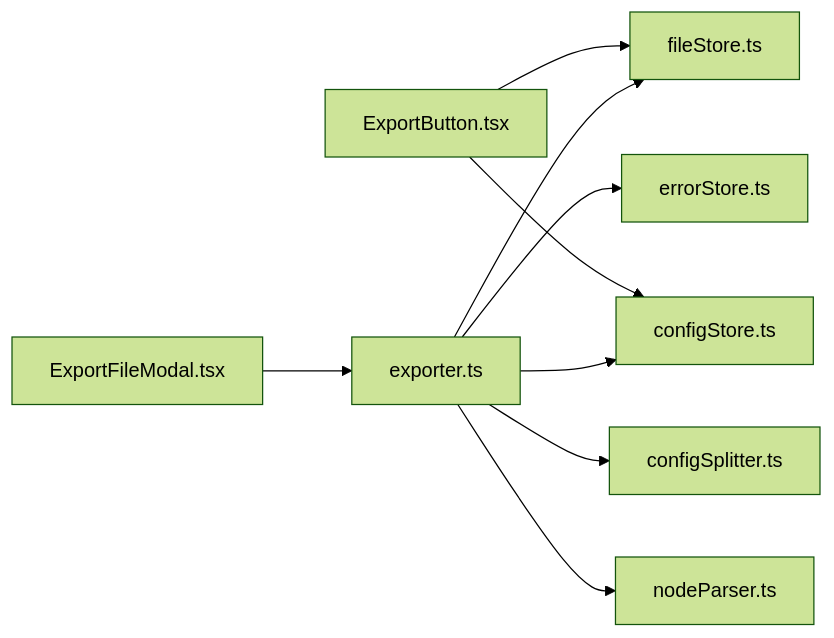
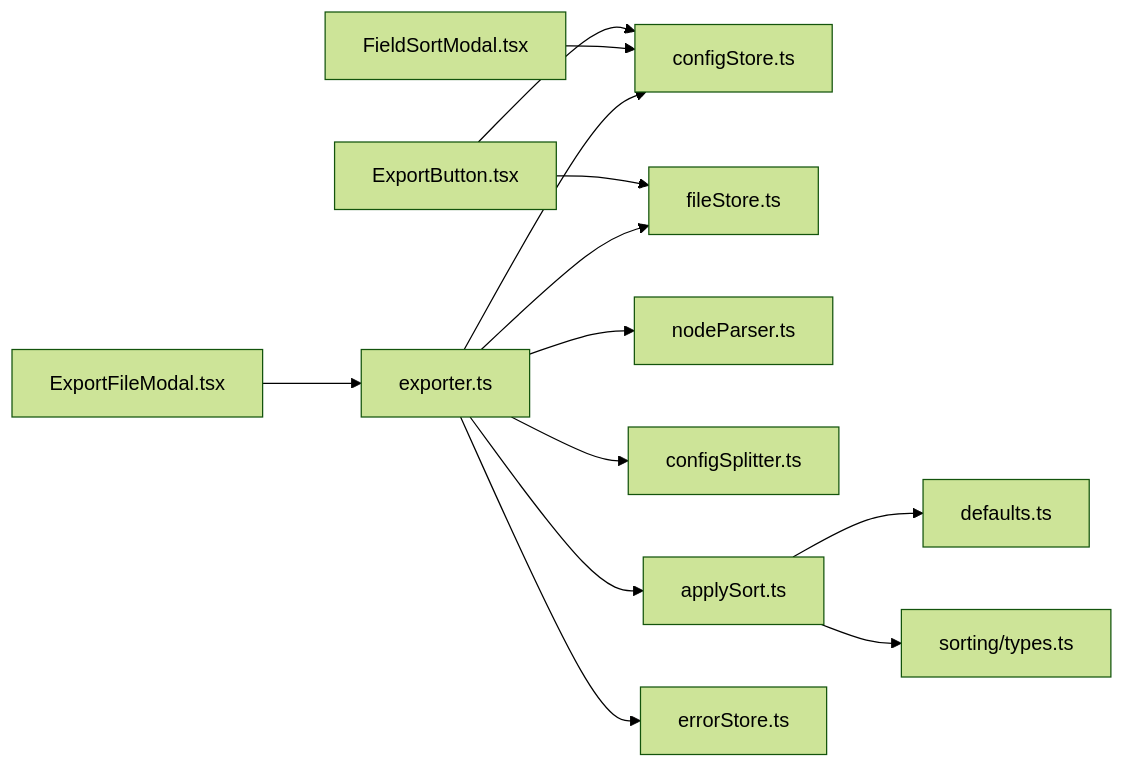
The fourth of 4 diagrams in .qoder/repowiki/zh/content/导入导出系统/导出选项.md (kqcoxn/MaaPipelineEditor), drawn with Mermaid (forest theme) before and after one commit. The commit also changed other lines of this file and 22 other files, not shown here.

````diff
--- a/.qoder/repowiki/zh/content/导入导出系统/导出选项.md
+++ b/.qoder/repowiki/zh/content/导入导出系统/导出选项.md
@@ -262,11 +352,15 @@
 ```mermaid
 graph LR
 EB["ExportButton.tsx"] --> CFG["configStore.ts"]
 EB --> FST["fileStore.ts"]
 EFM["ExportFileModal.tsx"] --> EXP["exporter.ts"]
+FSM["FieldSortModal.tsx"] --> CFG
 EXP --> NPAR["nodeParser.ts"]
 EXP --> CSPL["configSplitter.ts"]
+EXP --> APPLY["applySort.ts"]
+APPLY --> DEF["defaults.ts"]
+APPLY --> FTYPE["sorting/types.ts"]
 EXP --> CFG
 EXP --> FST
 EXP --> ERR["errorStore.ts"]
 ```
````
